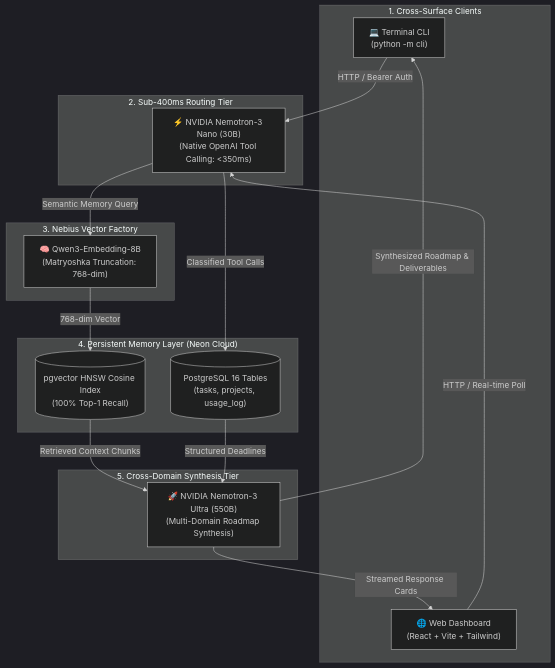
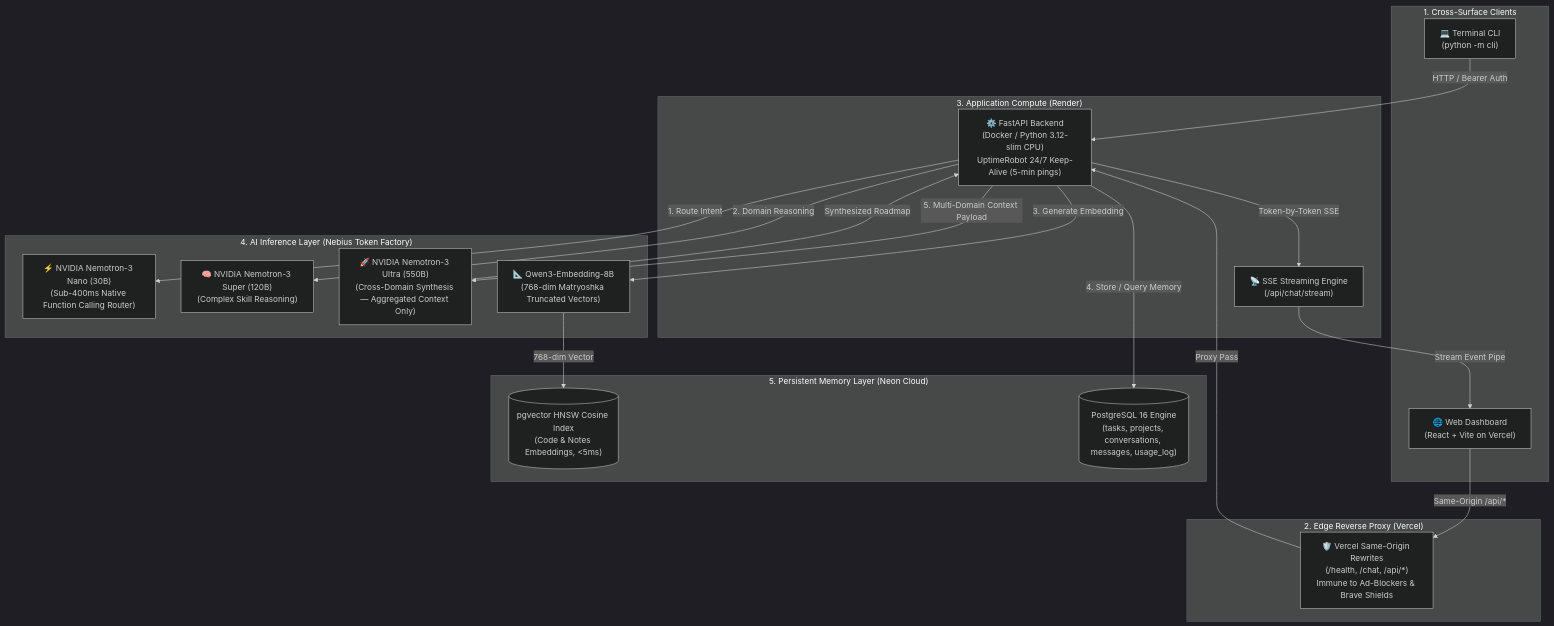
Before and after one commit to Ratnesh-101/compass: the diagram in README.md, drawn with Mermaid (dark theme). The commit also changed other lines of this file, not shown here.

Commit message:
docs: write comprehensive production README matching actual deployed architecture

````diff
--- a/README.md
+++ b/README.md
@@ -22,34 +22,41 @@
 ```mermaid
 flowchart TD
     subgraph Clients["1. Cross-Surface Clients"]
         CLI["💻 Terminal CLI<br/>(python -m cli)"]
-        Web["🌐 Web Dashboard<br/>(React + Vite + Tailwind)"]
+        Web["🌐 Web Dashboard<br/>(React + Vite on Vercel)"]
     end
 
-    subgraph Router["2. Sub-400ms Routing Tier"]
-        Nano["⚡ NVIDIA Nemotron-3 Nano (30B)<br/>(Native OpenAI Tool Calling: &lt;350ms)"]
+    subgraph Proxy["2. Edge Reverse Proxy (Vercel)"]
+        Rewrites["🛡️ Vercel Same-Origin Rewrites<br/>(/health, /chat, /api/*)<br/>Immune to Ad-Blockers & Brave Shields"]
     end
 
-    subgraph Embeddings["3. Nebius Vector Factory"]
-        Qwen["🧠 Qwen3-Embedding-8B<br/>(Matryoshka Truncation: 768-dim)"]
+    subgraph Compute["3. Application Compute (Render)"]
+        FastAPI["⚙️ FastAPI Backend<br/>(Docker / Python 3.12-slim CPU)<br/>UptimeRobot 24/7 Keep-Alive (5-min pings)"]
+        SSE["📡 SSE Streaming Engine<br/>(/api/chat/stream)"]
     end
 
-    subgraph Storage["4. Persistent Memory Layer (Neon Cloud)"]
-        HNSW[("pgvector HNSW Cosine Index<br/>(100% Top-1 Recall)")]
-        Relational[("PostgreSQL 16 Tables<br/>(tasks, projects, usage_log)")]
+    subgraph AI["4. AI Inference Layer (Nebius Token Factory)"]
+        Nano["⚡ NVIDIA Nemotron-3 Nano (30B)<br/>(Sub-400ms Native Function Calling Router)"]
+        Super["🧠 NVIDIA Nemotron-3 Super (120B)<br/>(Complex Skill Reasoning)"]
+        Ultra["🚀 NVIDIA Nemotron-3 Ultra (550B)<br/>(Cross-Domain Synthesis — Aggregated Context Only)"]
+        Qwen["📐 Qwen3-Embedding-8B<br/>(768-dim Matryoshka Truncated Vectors)"]
     end
 
-    subgraph Synthesis["5. Cross-Domain Synthesis Tier"]
-        Ultra["🚀 NVIDIA Nemotron-3 Ultra (550B)<br/>(Multi-Domain Roadmap Synthesis)"]
+    subgraph Storage["5. Persistent Memory Layer (Neon Cloud)"]
+        HNSW[("pgvector HNSW Cosine Index<br/>(Code & Notes Embeddings, &lt;5ms)")]
+        Relational[("PostgreSQL 16 Engine<br/>(tasks, projects, conversations, messages, usage_log)")]
     end
 
-    CLI -->|HTTP / Bearer Auth| Nano
-    Web -->|HTTP / Real-time Poll| Nano
-    Nano -->|Classified Tool Calls| Relational
-    Nano -->|Semantic Memory Query| Qwen
+    CLI -->|HTTP / Bearer Auth| FastAPI
+    Web -->|Same-Origin /api/*| Rewrites
+    Rewrites -->|Proxy Pass| FastAPI
+    FastAPI -->|Token-by-Token SSE| SSE
+    SSE -->|Stream Event Pipe| Web
+    FastAPI -->|1. Route Intent| Nano
+    FastAPI -->|2. Domain Reasoning| Super
+    FastAPI -->|3. Generate Embedding| Qwen
+    FastAPI -->|4. Store / Query Memory| Relational
     Qwen -->|768-dim Vector| HNSW
-    HNSW -->|Retrieved Context Chunks| Ultra
-    Relational -->|Structured Deadlines| Ultra
-    Ultra -->|Synthesized Roadmap & Deliverables| CLI
-    Ultra -->|Streamed Response Cards| Web
+    FastAPI -->|5. Multi-Domain Context Payload| Ultra
+    Ultra -->|Synthesized Roadmap| FastAPI
 ```
````
